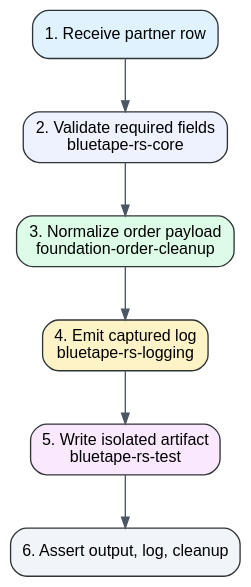
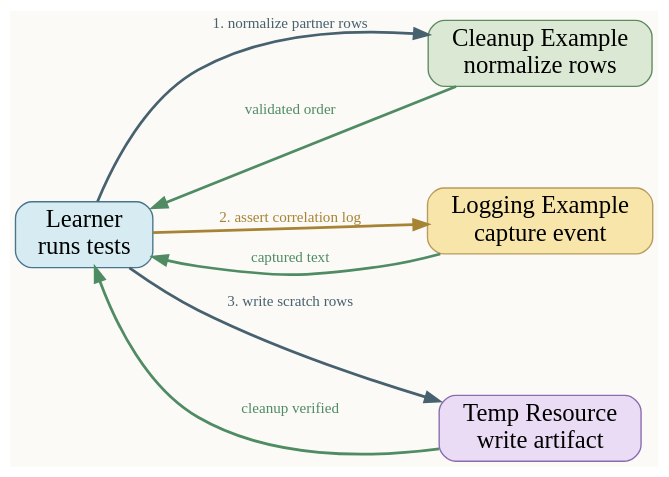
The diagram in docs/images/readme-diagrams/workshop-foundation-sequence.dot (bluetape4k/bluetape-rs-workshop), drawn with Graphviz before and after one commit. The commit also changed other lines of this file and 32 other files, not shown here.

First line of the commit message:
docs: align diagrams with workshop baseline

```diff
--- a/docs/images/readme-diagrams/workshop-foundation-sequence.dot
+++ b/docs/images/readme-diagrams/workshop-foundation-sequence.dot
@@ -1,18 +1,15 @@
-digraph "Milestone 0.1.0 sequence" {
-  graph [rankdir=TB, bgcolor="transparent", pad="0.4", nodesep="0.5", ranksep="0.55"];
-  node [shape=box, style="rounded,filled", fontname="Arial", fontsize=12, margin="0.12,0.08", color="#2f3437", fillcolor="#f8fafc"];
-  edge [fontname="Arial", fontsize=10, color="#4b5563", arrowsize=0.8];
-
-  raw [label="1. Receive partner row", fillcolor="#e0f2fe"];
-  validate [label="2. Validate required fields\nbluetape-rs-core", fillcolor="#eef2ff"];
-  normalize [label="3. Normalize order payload\nfoundation-order-cleanup", fillcolor="#dcfce7"];
-  log [label="4. Emit captured log\nbluetape-rs-logging", fillcolor="#fef3c7"];
-  scratch [label="5. Write isolated artifact\nbluetape-rs-test", fillcolor="#fae8ff"];
-  assert [label="6. Assert output, log, cleanup", fillcolor="#f1f5f9"];
-
-  raw -> validate;
-  validate -> normalize;
-  normalize -> log;
-  log -> scratch;
-  scratch -> assert;
+digraph "workshop-foundation-sequence" {
+  graph [rankdir=LR, bgcolor="#fbfaf6", margin=0.2, nodesep=0.75, ranksep=0.9];
+  node [shape=box, style="rounded,filled", fontname="Architects Daughter", fontsize=18, color="#48758d", fillcolor="#d7ecf2"];
+  edge [fontname="Comic Mono", fontsize=11, color="#47616f", fontcolor="#35505f", penwidth=2];
+  learner [label="Learner\nruns tests", fillcolor="#d7ecf2", color="#48758d"];
+  cleanup [label="Cleanup Example\nnormalize rows", fillcolor="#dbe8d4", color="#5d8a62"];
+  logging [label="Logging Example\ncapture event", fillcolor="#f7e5aa", color="#b99b5d"];
+  scratch [label="Temp Resource\nwrite artifact", fillcolor="#eadcf5", color="#8a6bb0"];
+  learner -> cleanup [label="1. normalize partner rows", color="#47616f", fontcolor="#47616f"];
+  cleanup -> learner [label="validated order", color="#4f8b63", fontcolor="#4f8b63"];
+  learner -> logging [label="2. assert correlation log", color="#a78335", fontcolor="#a78335"];
+  logging -> learner [label="captured text", color="#4f8b63", fontcolor="#4f8b63"];
+  learner -> scratch [label="3. write scratch rows", color="#47616f", fontcolor="#47616f"];
+  scratch -> learner [label="cleanup verified", color="#4f8b63", fontcolor="#4f8b63"];
 }
```
